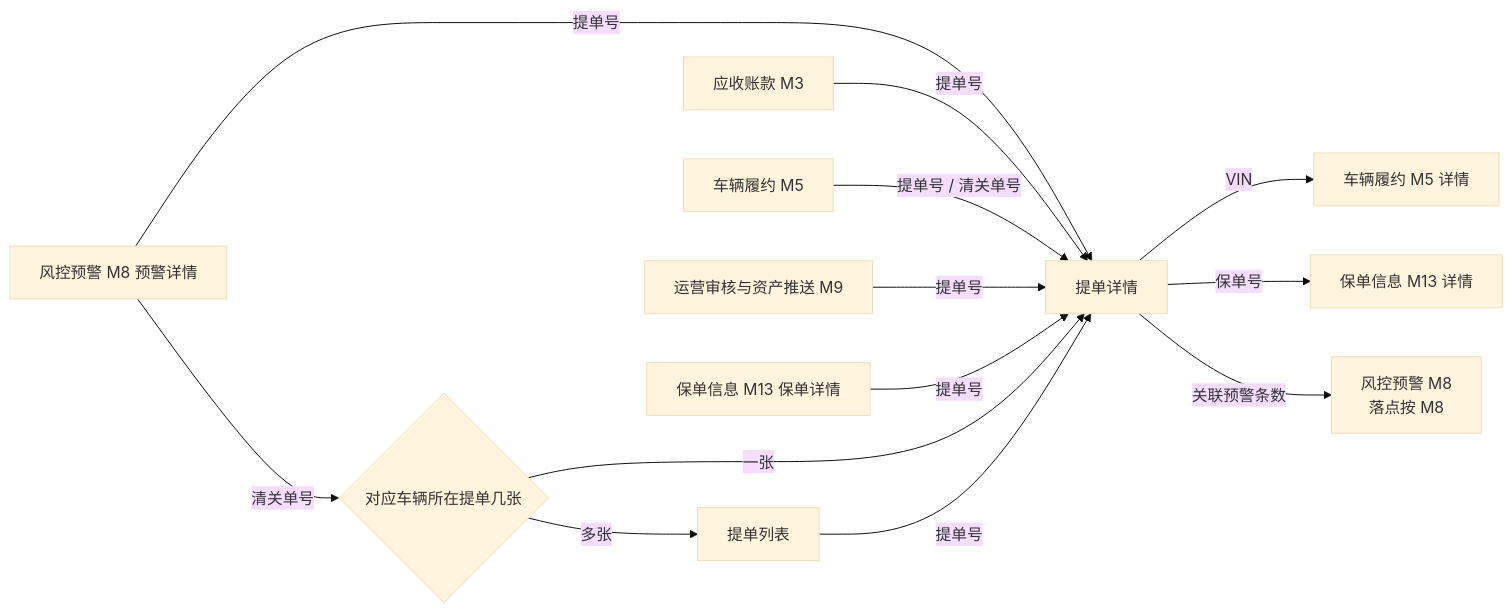
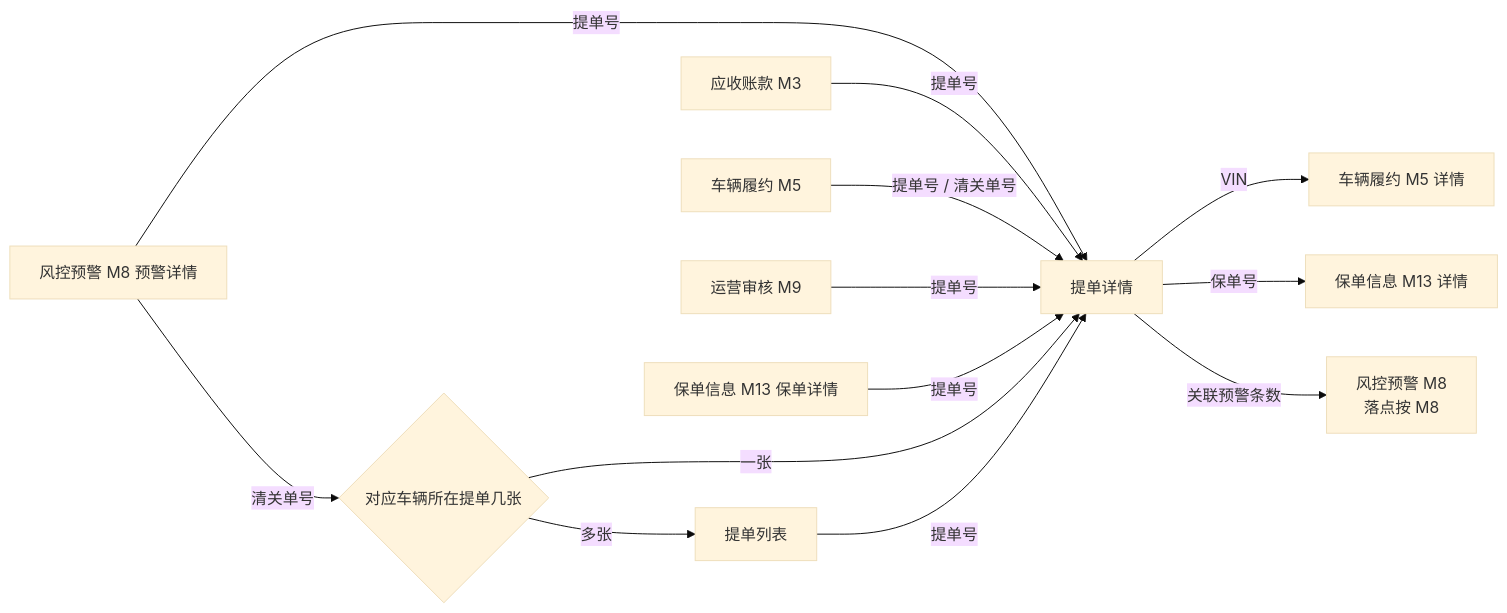
One commit to wxblockchain/Chain-Financing changed the third of 4 diagrams in asset-trust-platform/PRD/运营端/M12-提单信息/02-提单信息-流程图与状态机.md. Above: the diagram before and after it, drawn with Mermaid (base theme). The commit also changed other lines of this file and 3 other files, not shown here.

````diff
--- a/asset-trust-platform/PRD/运营端/M12-提单信息/02-提单信息-流程图与状态机.md
+++ b/asset-trust-platform/PRD/运营端/M12-提单信息/02-提单信息-流程图与状态机.md
@@ -68,16 +69,16 @@
 ```mermaid
 flowchart LR
     L[提单列表] -- 提单号 --> D
     M3[应收账款 M3] -- 提单号 --> D
     M5[车辆履约 M5] -- 提单号 / 清关单号 --> D
-    M9[运营审核与资产推送 M9] -- 提单号 --> D
+    M9[运营审核 M9] -- 提单号 --> D
     M13[保单信息 M13 保单详情] -- 提单号 --> D
     M8[风控预警 M8 预警详情] -- 提单号 --> D
     M8 -- 清关单号 --> C{对应车辆所在提单几张}
     C -->|一张| D
     C -->|多张| L
     D[提单详情]
     D -- VIN --> V[车辆履约 M5 详情]
     D -- 保单号 --> I[保单信息 M13 详情]
     D -- 关联预警条数 --> W[风控预警 M8<br/>落点按 M8]
 ```
````
